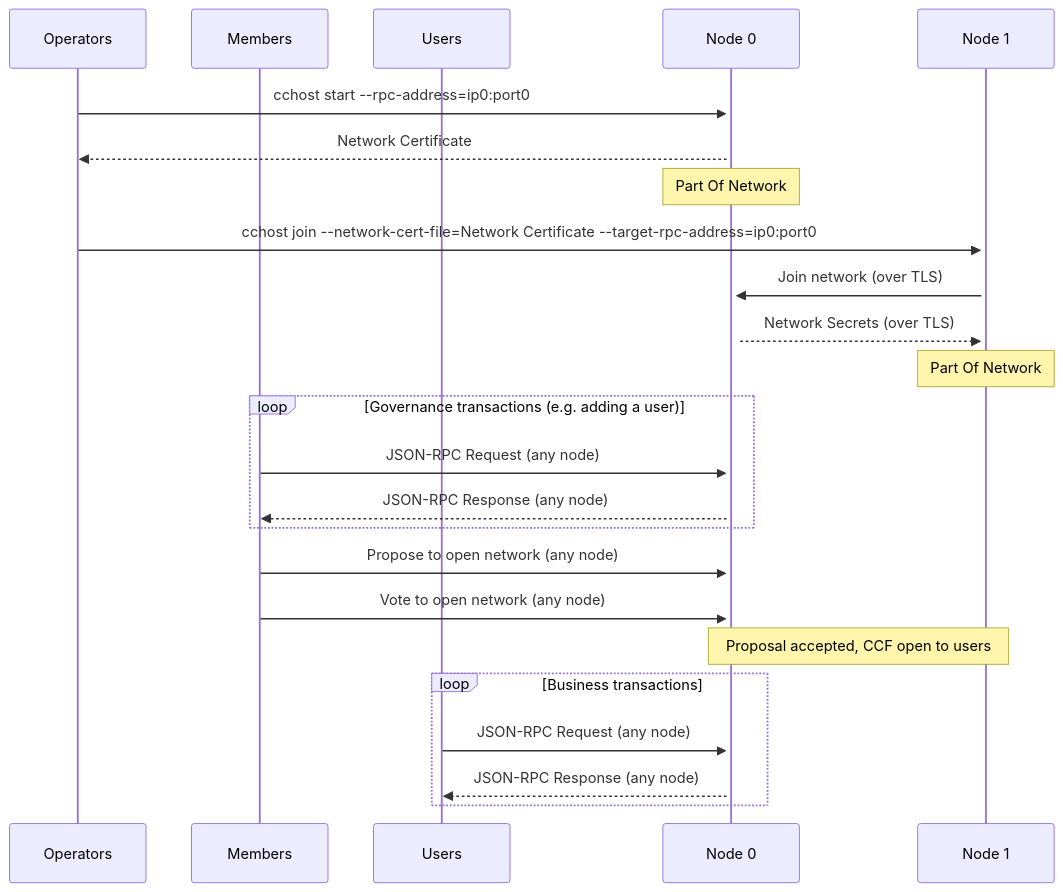
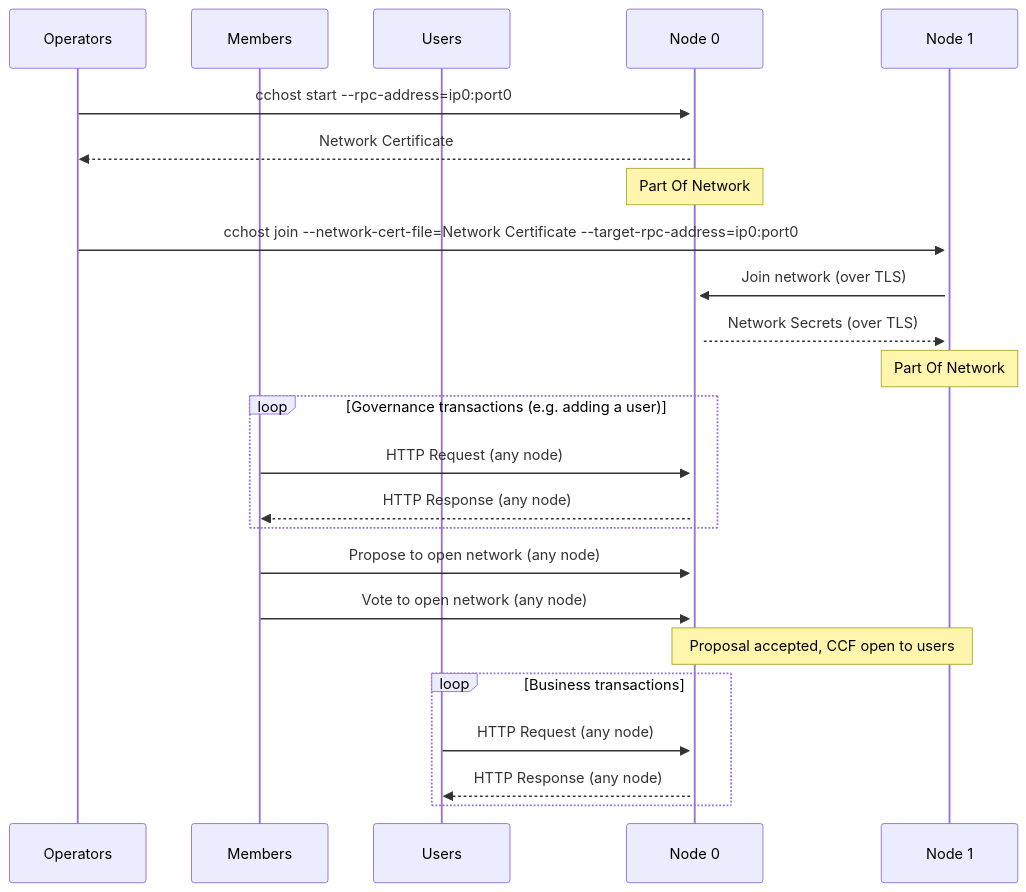
One commit to microsoft/CCF changed the diagram in sphinx/source/operators/start_network.rst. Above: the diagram before and after it, drawn with Mermaid. The commit also changed 4 other files, not shown here.

Commit message:
Remove incorrect JSON-RPC claims from docs

```diff
--- a/sphinx/source/operators/start_network.rst
+++ b/sphinx/source/operators/start_network.rst
@@ -90,34 +90,34 @@
 .. mermaid::
 
     sequenceDiagram
         participant Operators
         participant Members
         participant Users
         participant Node 0
         participant Node 1
 
         Operators->>+Node 0: cchost start --rpc-address=ip0:port0
         Node 0-->>Operators: Network Certificate
         Note over Node 0: Part Of Network
 
         Operators->>+Node 1: cchost join --network-cert-file=Network Certificate --target-rpc-address=ip0:port0
 
         Node 1->>+Node 0: Join network (over TLS)
         Node 0-->>Node 1: Network Secrets (over TLS)
 
         Note over Node 1: Part Of Network
 
         loop Governance transactions (e.g. adding a user)
-            Members->>+Node 0: JSON-RPC Request (any node)
-            Node 0-->>Members: JSON-RPC Response (any node)
+            Members->>+Node 0: HTTP Request (any node)
+            Node 0-->>Members: HTTP Response (any node)
         end
 
         Members->>+Node 0: Propose to open network (any node)
         Members->>+Node 0: Vote to open network (any node)
         Note over Node 0, Node 1: Proposal accepted, CCF open to users
 
 
         loop Business transactions
-            Users->>+Node 0: JSON-RPC Request (any node)
-            Node 0-->>Users: JSON-RPC Response (any node)
+            Users->>+Node 0: HTTP Request (any node)
+            Node 0-->>Users: HTTP Response (any node)
         end
```
